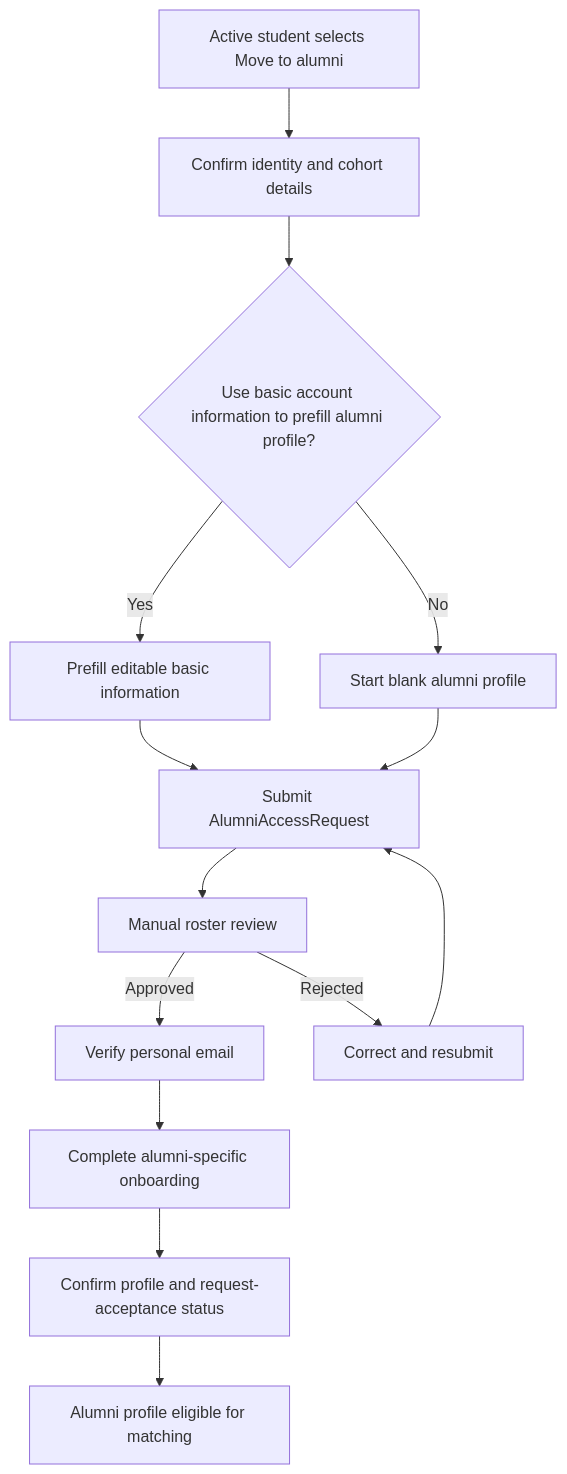
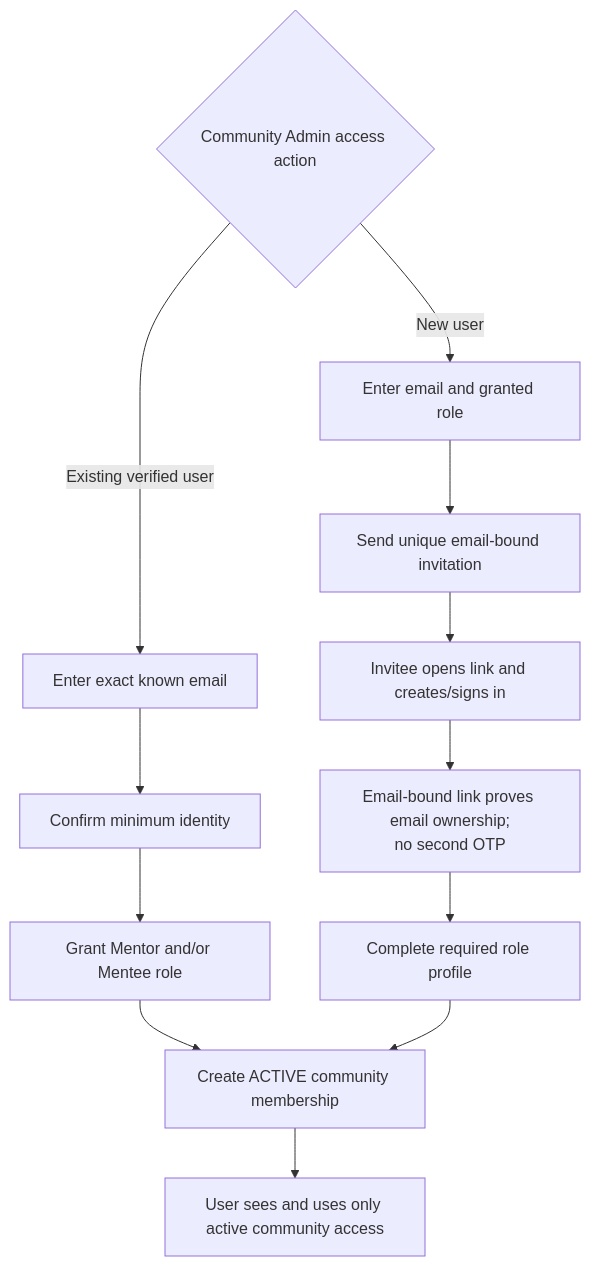
One commit to ellieryus/oaa-project changed the diagram in docs/features/email-verification.md. Above: the diagram before and after it, drawn with Mermaid. The commit also changed other lines of this file and 28 other files, not shown here.

Commit message:
docs: define community MVP flows and wireframes

````diff
--- a/docs/features/email-verification.md
+++ b/docs/features/email-verification.md
@@ -107,16 +80,16 @@
 ```mermaid
 flowchart TD
-    A[Active student selects Move to alumni] --> B[Confirm identity and cohort details]
-    B --> C{Use basic account information to prefill alumni profile?}
-    C -->|Yes| D[Prefill editable basic information]
-    C -->|No| E[Start blank alumni profile]
-    D --> F[Submit AlumniAccessRequest]
-    E --> F
-    F --> G[Manual roster review]
-    G -->|Approved| H[Verify personal email]
-    G -->|Rejected| I[Correct and resubmit]
-    I --> F
-    H --> J[Complete alumni-specific onboarding]
-    J --> K[Confirm profile and request-acceptance status]
-    K --> L[Alumni profile eligible for matching]
+    A{Community Admin access action} -->|Existing verified user| B[Enter exact known email]
+    B --> C[Confirm minimum identity]
+    C --> D[Grant Mentor and/or Mentee role]
+    D --> E[Create ACTIVE community membership]
+
+    A -->|New user| F[Enter email and granted role]
+    F --> G[Send unique email-bound invitation]
+    G --> H[Invitee opens link and creates/signs in]
+    H --> I[Email-bound link proves email ownership;<br/>no second OTP]
+    I --> J[Complete required role profile]
+    J --> E
+
+    E --> K[User sees and uses only active community access]
 ```
````
